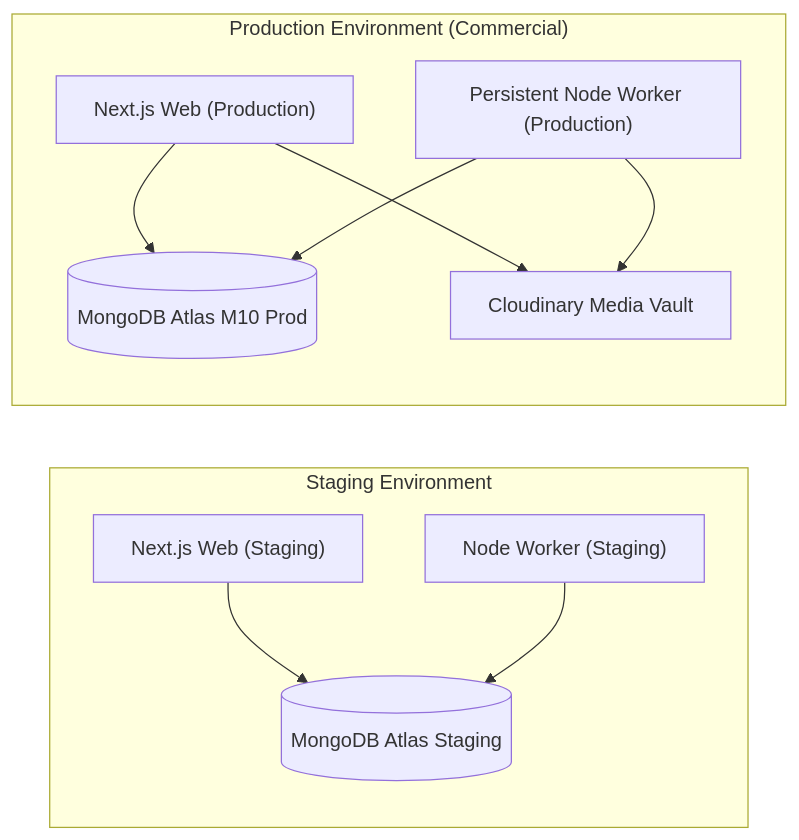
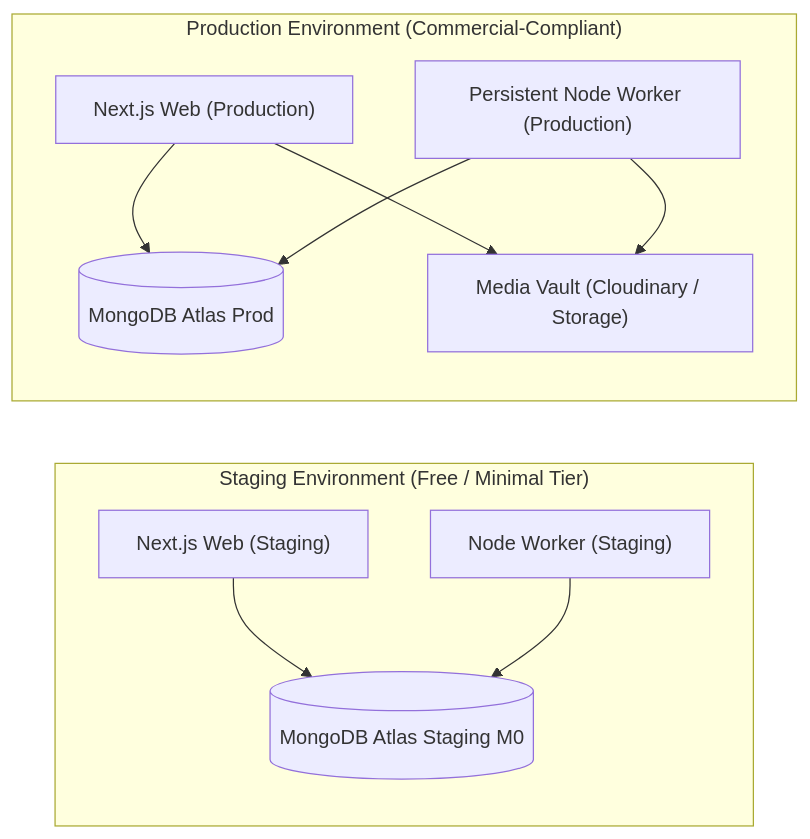
One commit to MSabbirHossen/part-time-coder changed the diagram in docs/ADR/ADR-0006-commercial-hosting-environment-strategy.md. Above: the diagram before and after it, drawn with Mermaid. The commit also changed other lines of this file, not shown here.

Commit message:
docs(architecture): revise ADR-0006 for free-tier-first policy and owner financial checkpoints

````diff
--- a/docs/ADR/ADR-0006-commercial-hosting-environment-strategy.md
+++ b/docs/ADR/ADR-0006-commercial-hosting-environment-strategy.md
@@ -95,22 +92,22 @@
 ```mermaid
 flowchart LR
-    subgraph Staging ["Staging Environment"]
+    subgraph Staging ["Staging Environment (Free / Minimal Tier)"]
         WebStaging["Next.js Web (Staging)"]
         WorkerStaging["Node Worker (Staging)"]
-        AtlasStaging[(MongoDB Atlas Staging)]
+        AtlasStaging[(MongoDB Atlas Staging M0)]
         WebStaging --> AtlasStaging
         WorkerStaging --> AtlasStaging
     end
 
-    subgraph Production ["Production Environment (Commercial)"]
+    subgraph Production ["Production Environment (Commercial-Compliant)"]
         WebProd["Next.js Web (Production)"]
         WorkerProd["Persistent Node Worker (Production)"]
-        AtlasProd[(MongoDB Atlas M10 Prod)]
-        CloudinaryProd["Cloudinary Media Vault"]
+        AtlasProd[(MongoDB Atlas Prod)]
+        MediaProd["Media Vault (Cloudinary / Storage)"]
         
         WebProd --> AtlasProd
         WorkerProd --> AtlasProd
-        WebProd --> CloudinaryProd
-        WorkerProd --> CloudinaryProd
+        WebProd --> MediaProd
+        WorkerProd --> MediaProd
     end
 ```
````
